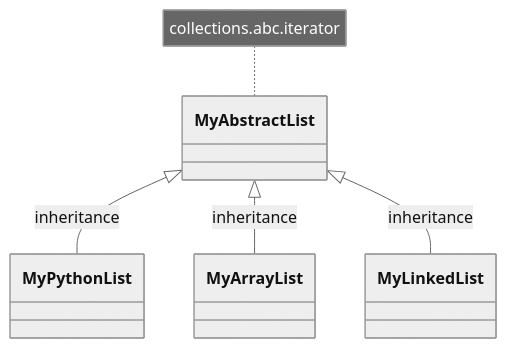
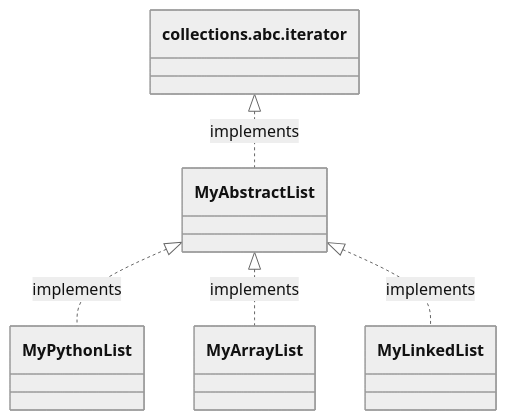
One commit to iamanigeeit/DDW2023 changed the fourth of 4 diagrams in docs/06-inheritance/inheritance-abc.md. Above: the diagram before and after it, drawn with Mermaid (neutral theme). The commit also changed other lines of this file, not shown here.

````diff
--- a/docs/06-inheritance/inheritance-abc.md
+++ b/docs/06-inheritance/inheritance-abc.md
@@ -291,8 +291,7 @@
 ```mermaid
 classDiagram
-    MyAbstractList <|-- MyPythonList : inheritance
-    MyAbstractList <|-- MyArrayList  : inheritance
-    MyAbstractList <|-- MyLinkedList  : inheritance
-    note for MyAbstractList "collections.abc.iterator"
-
+    MyAbstractList <|.. MyPythonList : implements 
+    MyAbstractList <|.. MyArrayList  : implements
+    MyAbstractList <|.. MyLinkedList  : implements
+    `collections.abc.iterator` <|.. MyAbstractList : implements
 ```
````
